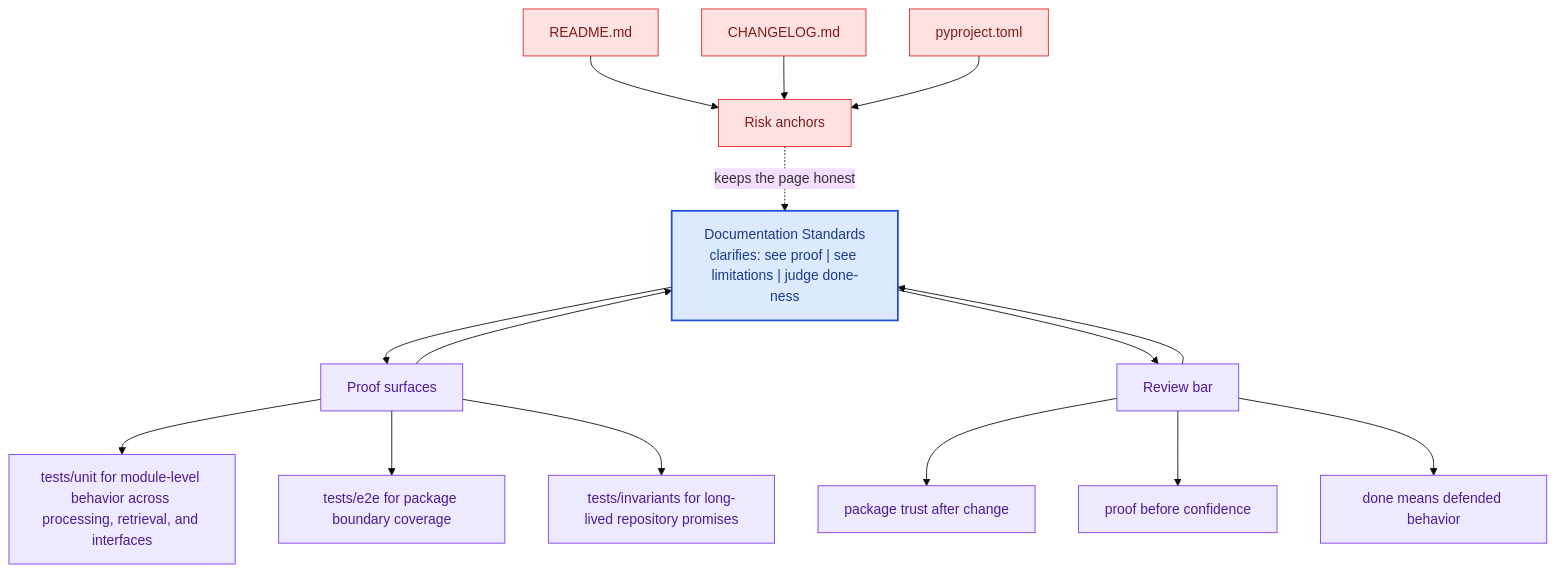
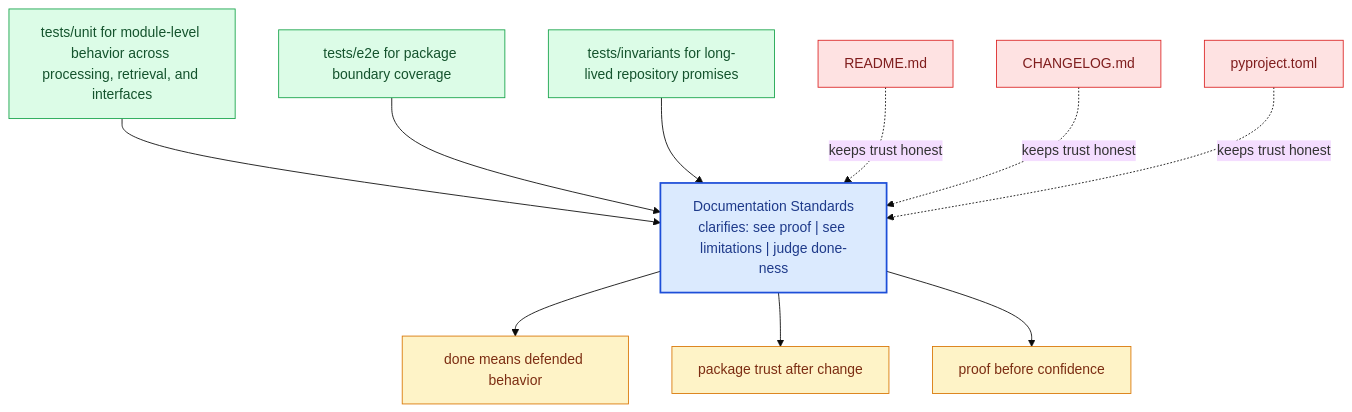
One commit to bijux/bijux-canon changed the diagram in docs/bijux-canon-ingest/quality/documentation-standards.md. Above: the diagram before and after it, drawn with Mermaid (base theme). The commit also changed other lines of this file and 281 other files, not shown here.

Commit message:
docs(diagrams): replace repeated mermaid scaffolds with page-specific summaries

````diff
--- a/docs/bijux-canon-ingest/quality/documentation-standards.md
+++ b/docs/bijux-canon-ingest/quality/documentation-standards.md
@@ -67,41 +22,31 @@
 ```mermaid
 flowchart TB
-    promise["Documentation Standards<br/>clarifies: see proof | see limitations | judge done-ness"]
-    classDef promise fill:#dbeafe,stroke:#1d4ed8,color:#1e3a8a,stroke-width:2px;
-    classDef driver fill:#dcfce7,stroke:#16a34a,color:#14532d;
-    classDef constraint fill:#fee2e2,stroke:#dc2626,color:#7f1d1d;
-    classDef ground fill:#ede9fe,stroke:#7c3aed,color:#4c1d95;
-    focus1["Proof surfaces"]
-    focus1 --> promise
-    promise --> focus1
-    focus1_1["tests/unit for module-level behavior across processing, retrieval, and interfaces"]
-    focus1 --> focus1_1
-    focus1_2["tests/e2e for package boundary coverage"]
-    focus1 --> focus1_2
-    focus1_3["tests/invariants for long-lived repository promises"]
-    focus1 --> focus1_3
-    class focus1 ground;
-    class focus1_1,focus1_2,focus1_3 ground;
-    focus2["Risk anchors"]
-    focus2 -.keeps the page honest.-> promise
-    focus2_1["README.md"]
-    focus2_1 --> focus2
-    focus2_2["CHANGELOG.md"]
-    focus2_2 --> focus2
-    focus2_3["pyproject.toml"]
-    focus2_3 --> focus2
-    class focus2 constraint;
-    class focus2_1,focus2_2,focus2_3 constraint;
-    focus3["Review bar"]
-    focus3 --> promise
-    promise --> focus3
-    focus3_1["package trust after change"]
-    focus3 --> focus3_1
-    focus3_2["proof before confidence"]
-    focus3 --> focus3_2
-    focus3_3["done means defended behavior"]
-    focus3 --> focus3_3
-    class focus3 ground;
-    class focus3_1,focus3_2,focus3_3 ground;
-    class promise promise;
+    page["Documentation Standards<br/>clarifies: see proof | see limitations | judge done-ness"]
+    classDef page fill:#dbeafe,stroke:#1d4ed8,color:#1e3a8a,stroke-width:2px;
+    classDef positive fill:#dcfce7,stroke:#16a34a,color:#14532d;
+    classDef caution fill:#fee2e2,stroke:#dc2626,color:#7f1d1d;
+    classDef anchor fill:#ede9fe,stroke:#7c3aed,color:#4c1d95;
+    classDef action fill:#fef3c7,stroke:#d97706,color:#7c2d12;
+    proof1["tests/unit for module-level behavior across processing, retrieval, and interfaces"]
+    proof1 --> page
+    proof2["tests/e2e for package boundary coverage"]
+    proof2 --> page
+    proof3["tests/invariants for long-lived repository promises"]
+    proof3 --> page
+    risk1["README.md"]
+    risk1 -.keeps trust honest.-> page
+    risk2["CHANGELOG.md"]
+    risk2 -.keeps trust honest.-> page
+    risk3["pyproject.toml"]
+    risk3 -.keeps trust honest.-> page
+    bar1["done means defended behavior"]
+    page --> bar1
+    bar2["package trust after change"]
+    page --> bar2
+    bar3["proof before confidence"]
+    page --> bar3
+    class page page;
+    class proof1,proof2,proof3 positive;
+    class risk1,risk2,risk3 caution;
+    class bar1,bar2,bar3 action;
 ```
````
